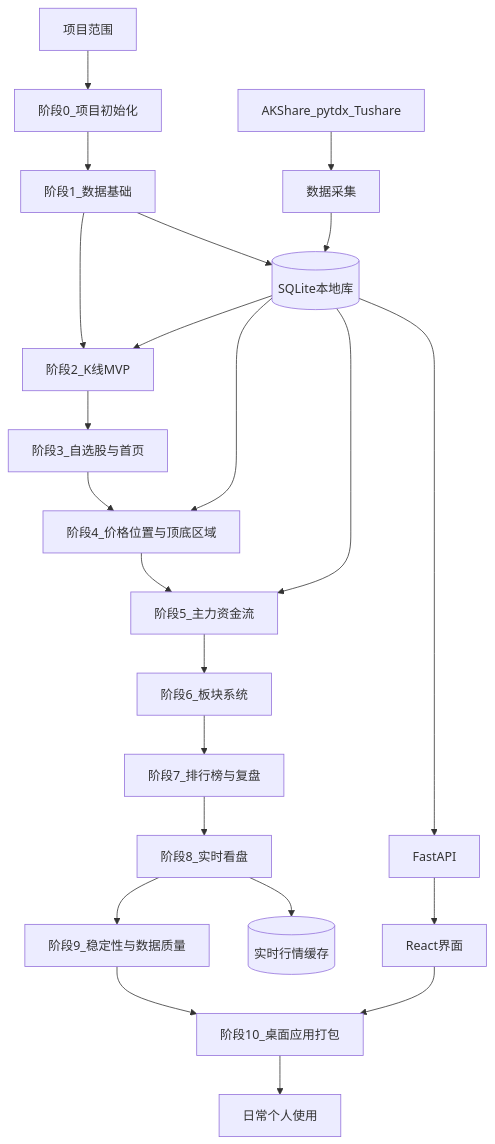
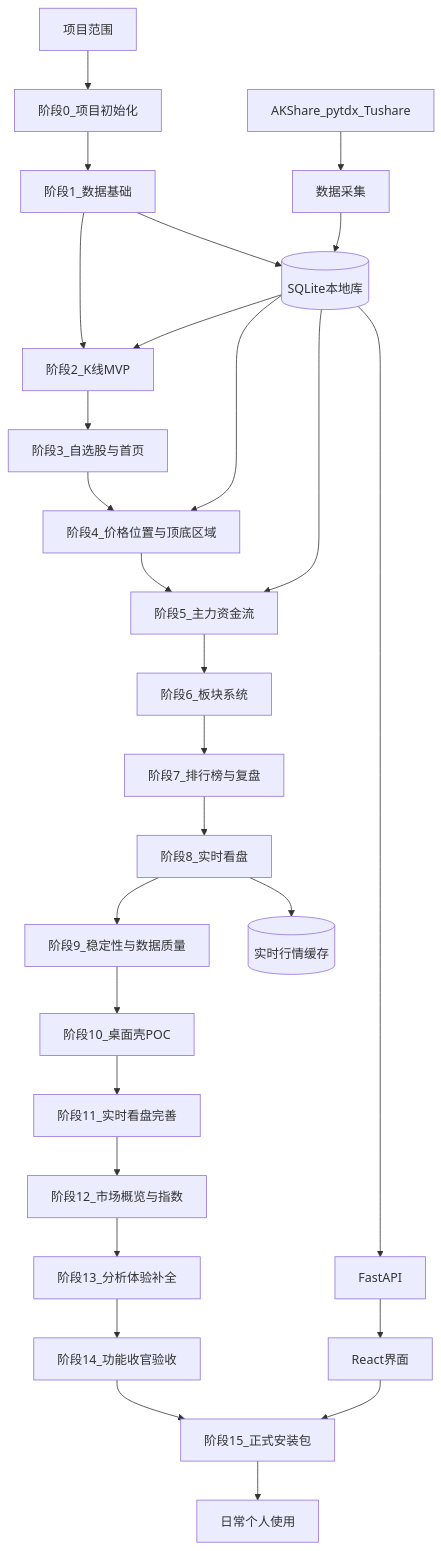
Before and after one commit to spreamming/VertTrade: the diagram in docs/desktop_workflow_roadmap_zh.md, drawn with Mermaid. The commit also changed other lines of this file and 50 other files, not shown here.

Commit message:
stages 11-14: market overview, analysis UX, moneyflow views, and pre-pack QA

````diff
--- a/docs/desktop_workflow_roadmap_zh.md
+++ b/docs/desktop_workflow_roadmap_zh.md
@@ -29,27 +29,32 @@
 ```mermaid
 flowchart TD
     idea[项目范围] --> setup[阶段0_项目初始化]
     setup --> data[阶段1_数据基础]
     data --> chart[阶段2_K线MVP]
     chart --> watchlist[阶段3_自选股与首页]
     watchlist --> position[阶段4_价格位置与顶底区域]
     position --> moneyflow[阶段5_主力资金流]
     moneyflow --> sector[阶段6_板块系统]
     sector --> review[阶段7_排行榜与复盘]
     review --> realtime[阶段8_实时看盘]
     realtime --> harden[阶段9_稳定性与数据质量]
-    harden --> desktop[阶段10_桌面应用打包]
+    harden --> poc[阶段10_桌面壳POC]
+    poc --> watchPolish[阶段11_实时看盘完善]
+    watchPolish --> market[阶段12_市场概览与指数]
+    market --> analysis[阶段13_分析体验补全]
+    analysis --> finalize[阶段14_功能收官验收]
+    finalize --> desktop[阶段15_正式安装包]
     desktop --> personalUse[日常个人使用]
 
     data --> localDb[(SQLite本地库)]
     localDb --> chart
     localDb --> position
     localDb --> moneyflow
     realtime --> quoteCache[(实时行情缓存)]
 
     sources[AKShare_pytdx_Tushare] --> collectors[数据采集]
     collectors --> localDb
     localDb --> api[FastAPI]
     api --> frontend[React界面]
     frontend --> desktop
 ```
````
